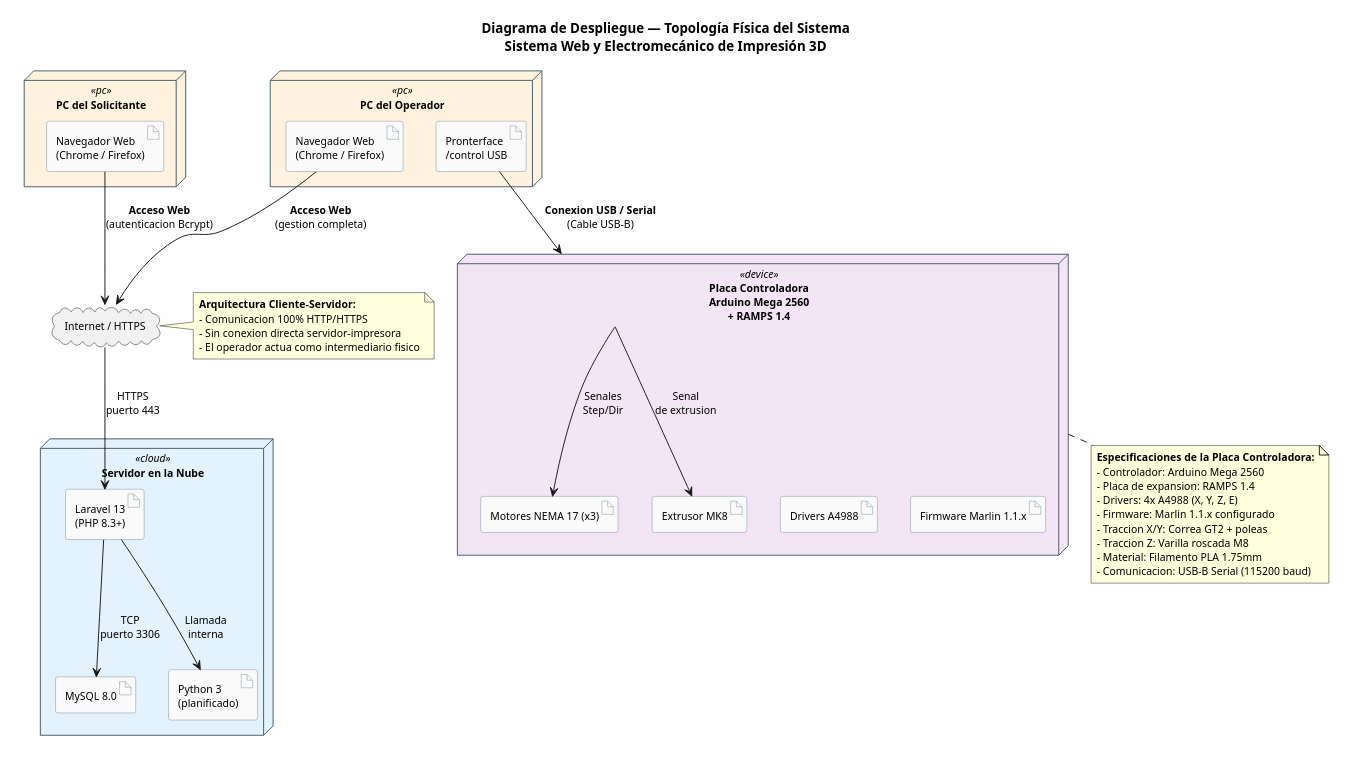
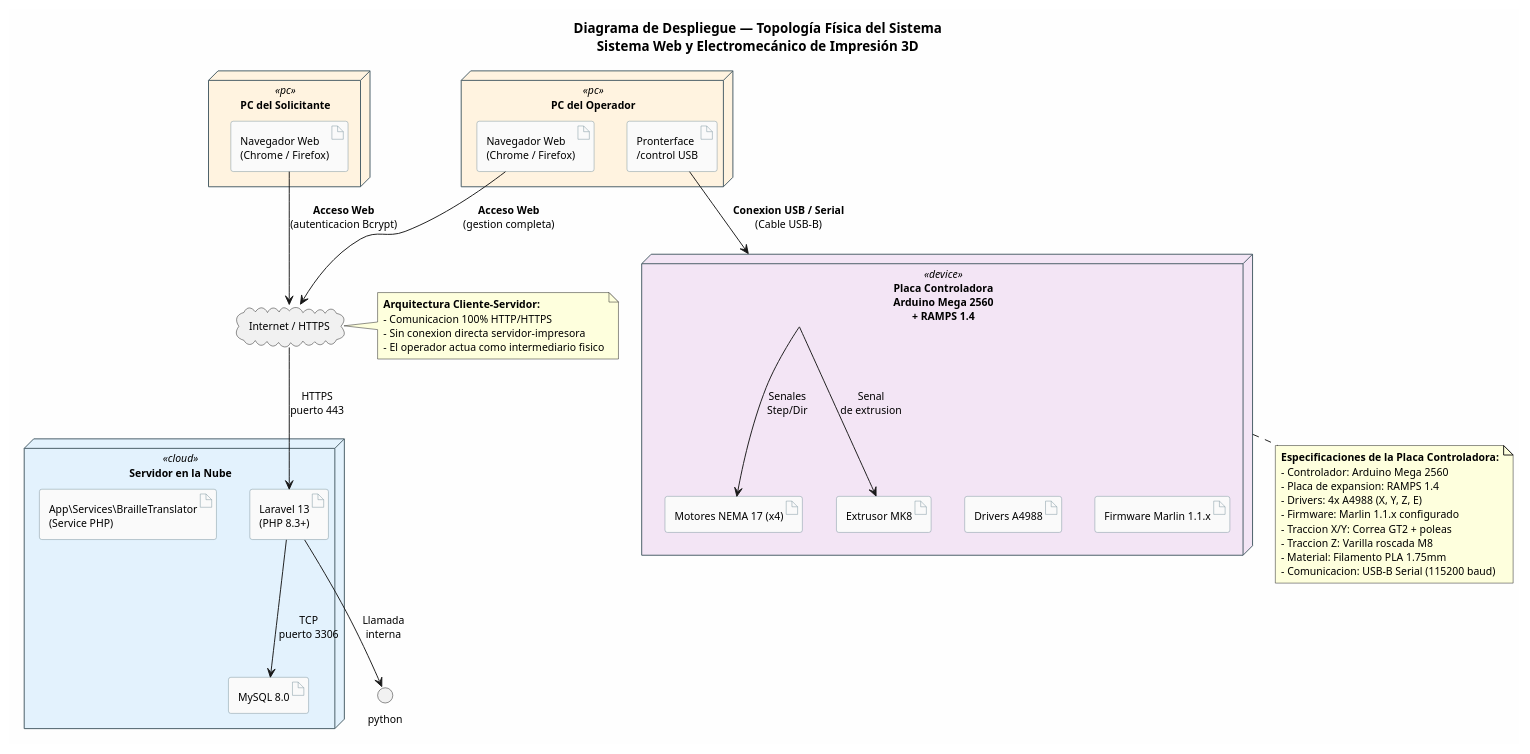
One commit to ArlTechDev/sistema-3d-inclusivo changed the diagram in docs/casos_de_uso/plantuml/UML_despliegue.puml. Above: the diagram before and after it, drawn with PlantUML. The commit also changed 16 other files, not shown here.

Commit message:
docs: corregir fuentes PlantUML (Python→PHP, motores x4, UC-10, estados, ERD) y re-renderizar PNG; informe de consistencia 14

```diff
--- a/docs/casos_de_uso/plantuml/UML_despliegue.puml
+++ b/docs/casos_de_uso/plantuml/UML_despliegue.puml
@@ -1,88 +1,88 @@
 @startuml UML_Despliegue
 title Diagrama de Despliegue — Topología Física del Sistema\nSistema Web y Electromecánico de Impresión 3D
 
 skinparam backgroundColor #FEFEFE
 skinparam shadowing false
 skinparam nodeFontSize 13
 skinparam arrowFontSize 11
 skinparam defaultFontSize 11
 
 skinparam node {
     BackgroundColor<<cloud>> #E3F2FD
     BackgroundColor<<pc>> #FFF3E0
     BackgroundColor<<device>> #F3E5F5
     BorderColor #455A64
 }
 
 skinparam artifact {
     BackgroundColor #FAFAFA
     BorderColor #78909C
 }
 
 ' =============================================
 ' NODOS FÍSICOS
 ' =============================================
 
 node "Servidor en la Nube" <<cloud>> {
     artifact "Laravel 13\n(PHP 8.3+)" as laravel
     artifact "MySQL 8.0" as mysql
-    artifact "Python 3\n(planificado)" as python
+    artifact "App\\Services\\BrailleTranslator\n(Service PHP)" as traductor
 }
 
 node "PC del Solicitante" <<pc>> {
     artifact "Navegador Web\n(Chrome / Firefox)" as navS
 }
 
 node "PC del Operador" <<pc>> {
     artifact "Navegador Web\n(Chrome / Firefox)" as navO
     artifact "Pronterface\n/control USB" as pronterface
 }
 
 node "Placa Controladora\nArduino Mega 2560\n+ RAMPS 1.4" <<device>> as arduino {
     artifact "Firmware Marlin 1.1.x" as marlin
     artifact "Drivers A4988" as drivers
-    artifact "Motores NEMA 17 (x3)" as motores
+    artifact "Motores NEMA 17 (x4)" as motores
     artifact "Extrusor MK8" as extrusor
 }
 
 ' =============================================
 ' CONEXIONES
 ' =============================================
 
 cloud "Internet / HTTPS" as internet
 
 navS --> internet : <b>Acceso Web</b>\n(autenticacion Bcrypt)
 navO --> internet : <b>Acceso Web</b>\n(gestion completa)
 
 internet --> laravel : HTTPS\npuerto 443
 laravel --> mysql : TCP\npuerto 3306
 laravel --> python : Llamada\ninterna
 
 pronterface --> arduino : <b>Conexion USB / Serial</b>\n(Cable USB-B)
 arduino --> motores : Senales\nStep/Dir
 arduino --> extrusor : Senal\nde extrusion
 
 ' =============================================
 ' NOTA TECNICA
 ' =============================================
 
 note bottom of arduino
   **Especificaciones de la Placa Controladora:**
   - Controlador: Arduino Mega 2560
   - Placa de expansion: RAMPS 1.4
   - Drivers: 4x A4988 (X, Y, Z, E)
   - Firmware: Marlin 1.1.x configurado
   - Traccion X/Y: Correa GT2 + poleas
   - Traccion Z: Varilla roscada M8
   - Material: Filamento PLA 1.75mm
   - Comunicacion: USB-B Serial (115200 baud)
 end note
 
 note right of internet
   **Arquitectura Cliente-Servidor:**
   - Comunicacion 100% HTTP/HTTPS
   - Sin conexion directa servidor-impresora
   - El operador actua como intermediario fisico
 end note
 
 @enduml
```
